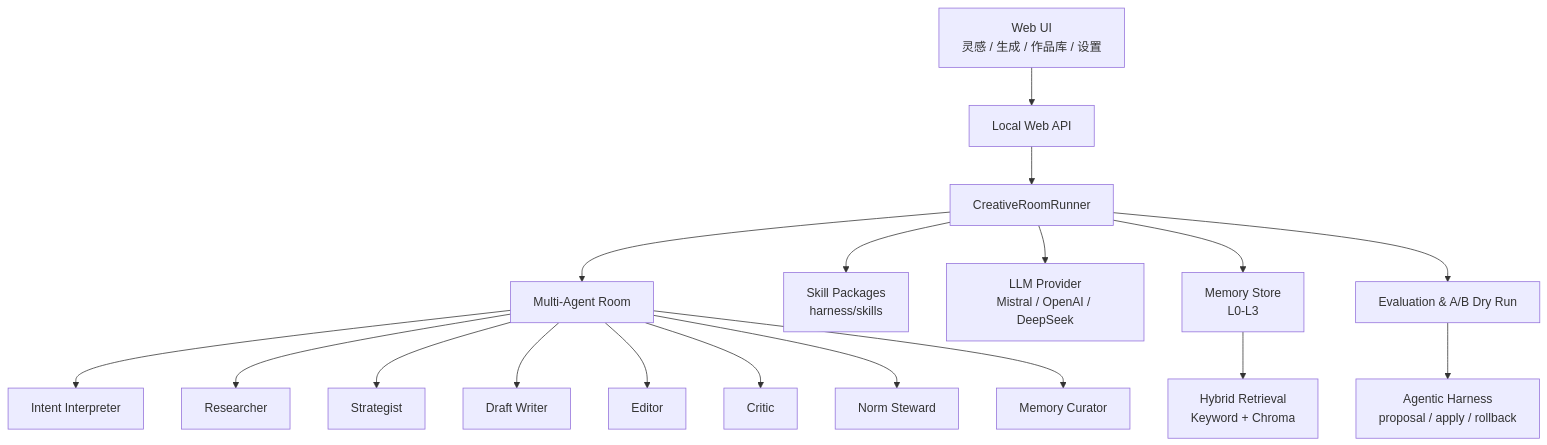
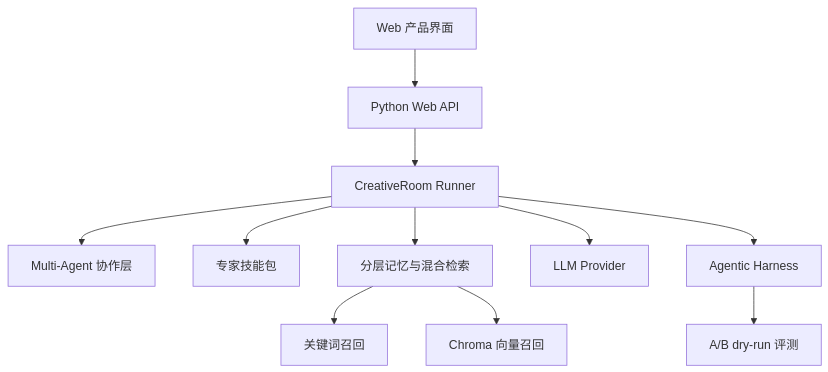
Before and after one commit to yukaich1/EcRoom: the second of 2 diagrams in README.md, drawn with Mermaid. The commit also changed other lines of this file and 15 other files, not shown here.

````diff
--- a/README.md
+++ b/README.md
@@ -41,22 +38,15 @@
 ```mermaid
 flowchart TB
-  UI["Web UI<br/>灵感 / 生成 / 作品库 / 设置"] --> API["Local Web API"]
-  API --> Orchestrator["CreativeRoomRunner"]
+  UI["Web 产品界面"] --> API["Python Web API"]
+  API --> Room["CreativeRoom Runner"]
 
-  Orchestrator --> Agents["Multi-Agent Room"]
-  Agents --> Intent["Intent Interpreter"]
-  Agents --> Research["Researcher"]
-  Agents --> Strategy["Strategist"]
-  Agents --> Writer["Draft Writer"]
-  Agents --> Editor["Editor"]
-  Agents --> Critic["Critic"]
-  Agents --> Norm["Norm Steward"]
-  Agents --> Curator["Memory Curator"]
+  Room --> Agents["Multi-Agent 协作层"]
+  Room --> Skills["专家技能包"]
+  Room --> Memory["分层记忆与混合检索"]
+  Room --> LLM["LLM Provider"]
+  Room --> Harness["Agentic Harness"]
 
-  Orchestrator --> Skills["Skill Packages<br/>harness/skills"]
-  Orchestrator --> LLM["LLM Provider<br/>Mistral / OpenAI / DeepSeek"]
-  Orchestrator --> Memory["Memory Store<br/>L0-L3"]
-  Memory --> Vector["Hybrid Retrieval<br/>Keyword + Chroma"]
-  Orchestrator --> Eval["Evaluation & A/B Dry Run"]
-  Eval --> Harness["Agentic Harness<br/>proposal / apply / rollback"]
+  Memory --> Keyword["关键词召回"]
+  Memory --> Vector["Chroma 向量召回"]
+  Harness --> Eval["A/B dry-run 评测"]
 ```
````
